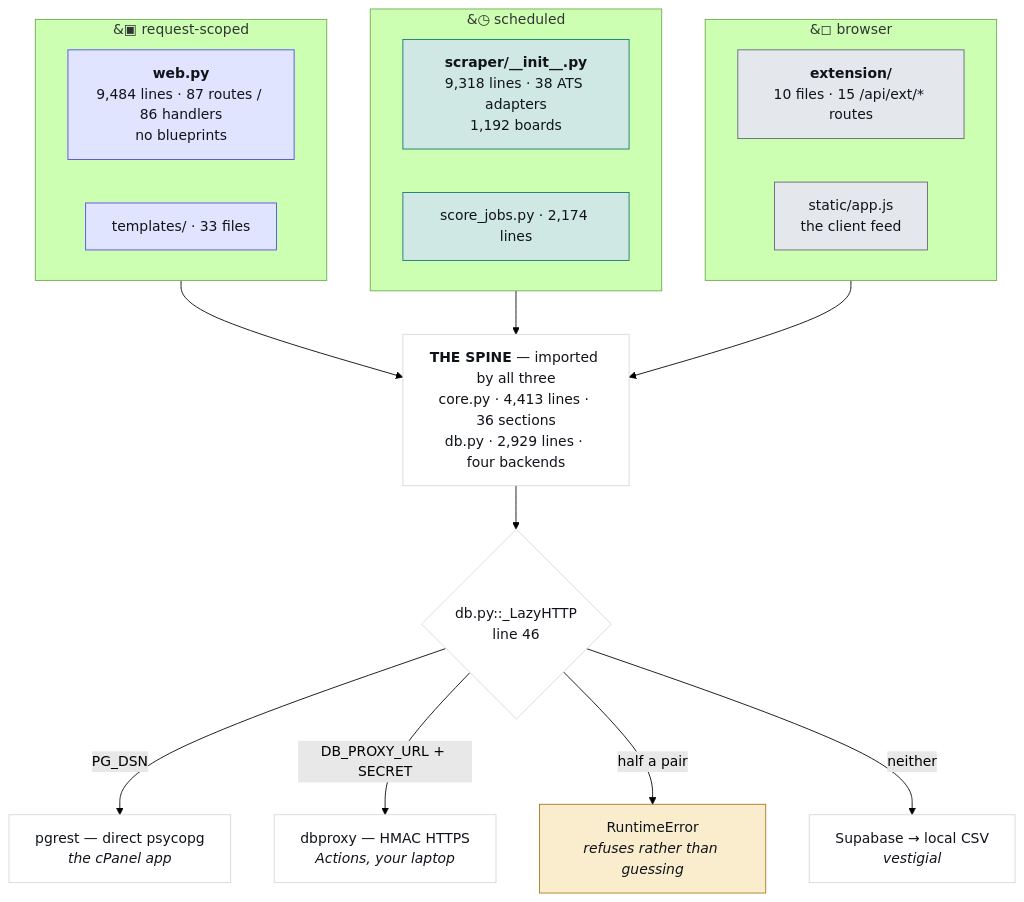
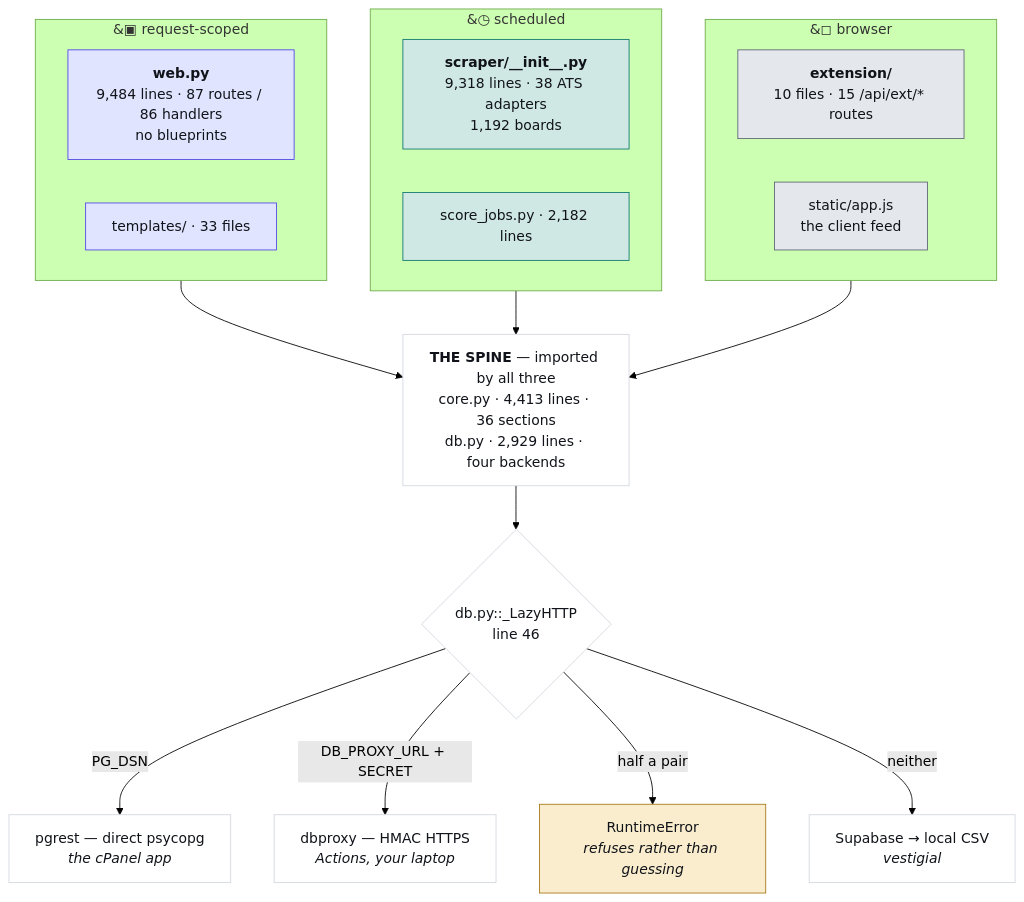
Before and after one commit to hadakunal909-debug/job-search-tool: the first of 4 diagrams in JobMatch Scraper/docs/ARCHITECTURE.md, drawn with Mermaid (forest theme). The commit also changed 5 other files, not shown here.

````diff
--- a/JobMatch Scraper/docs/ARCHITECTURE.md
+++ b/JobMatch Scraper/docs/ARCHITECTURE.md
@@ -45,34 +45,34 @@
 ```mermaid
 flowchart TB
   subgraph REQ["&#9635; request-scoped"]
     W["<b>web.py</b><br/>9,484 lines · 87 routes / 86 handlers<br/>no blueprints"]
     T["templates/ · 33 files"]
   end
   subgraph SCH["&#9719; scheduled"]
     S["<b>scraper/__init__.py</b><br/>9,318 lines · 38 ATS adapters<br/>1,192 boards"]
-    J["score_jobs.py · 2,174 lines"]
+    J["score_jobs.py · 2,182 lines"]
   end
   subgraph CLI["&#9723; browser"]
     E["<b>extension/</b><br/>10 files · 15 /api/ext/* routes"]
     A["static/app.js<br/>the client feed"]
   end
   SPINE["<b>THE SPINE</b> — imported by all three<br/>core.py · 4,413 lines · 36 sections<br/>db.py · 2,929 lines · four backends"]
   REQ --> SPINE
   SCH --> SPINE
   CLI --> SPINE
   SPINE --> D{"db.py::_LazyHTTP<br/>line 46"}
   D -->|"PG_DSN"| P["pgrest — direct psycopg<br/><i>the cPanel app</i>"]
   D -->|"DB_PROXY_URL + SECRET"| X["dbproxy — HMAC HTTPS<br/><i>Actions, your laptop</i>"]
   D -->|"half a pair"| R["RuntimeError<br/><i>refuses rather than guessing</i>"]
   D -->|"neither"| V["Supabase → local CSV<br/><i>vestigial</i>"]
   classDef web fill:#e0e4fe,stroke:#4f46e5,color:#101319
   classDef sched fill:#cfe8e3,stroke:#0f766e,color:#101319
   classDef client fill:#e4e7ec,stroke:#5f6573,color:#101319
   classDef trap fill:#f9edcd,stroke:#a8781a,color:#101319
   classDef plain fill:#ffffff,stroke:#d3d7df,color:#101319
   class W,T web
   class S,J sched
   class E,A client
   class R trap
   class SPINE,D,P,X,V plain
 ```
````
